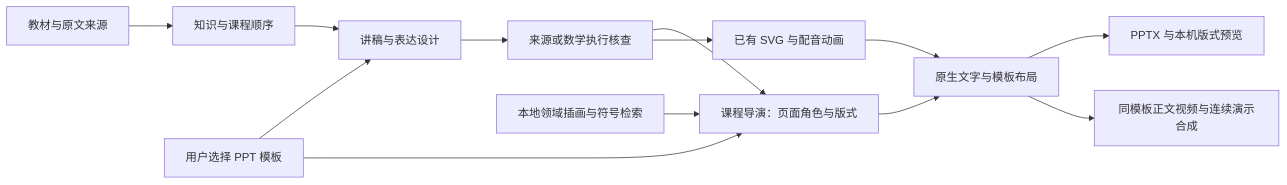
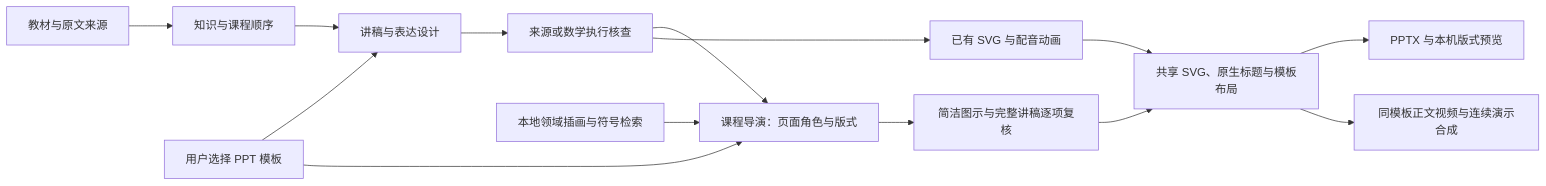
One commit to shaochang123/Book2Course changed the diagram in docs/课程导演与PPT模板.md. Above: the diagram before and after it, drawn with Mermaid. The commit also changed other lines of this file and 24 other files, not shown here.

````diff
--- a/docs/课程导演与PPT模板.md
+++ b/docs/课程导演与PPT模板.md
@@ -24,15 +24,16 @@
 ```mermaid
 flowchart LR
     A[教材与原文来源] --> B[知识与课程顺序]
     B --> C[讲稿与表达设计]
     C --> D[来源或数学执行核查]
     T[用户选择 PPT 模板] --> C
     T --> E[课程导演：页面角色与版式]
     D --> E
-    E --> F[原生文字与模板布局]
+    E --> S[简洁图示与完整讲稿逐项复核]
+    S --> F[共享 SVG、原生标题与模板布局]
     D --> G[已有 SVG 与配音动画]
     G --> F
     L[本地领域插画与符号检索] --> E
     F --> H[PPTX 与本机版式预览]
     F --> V[同模板正文视频与连续演示合成]
 ```
````
